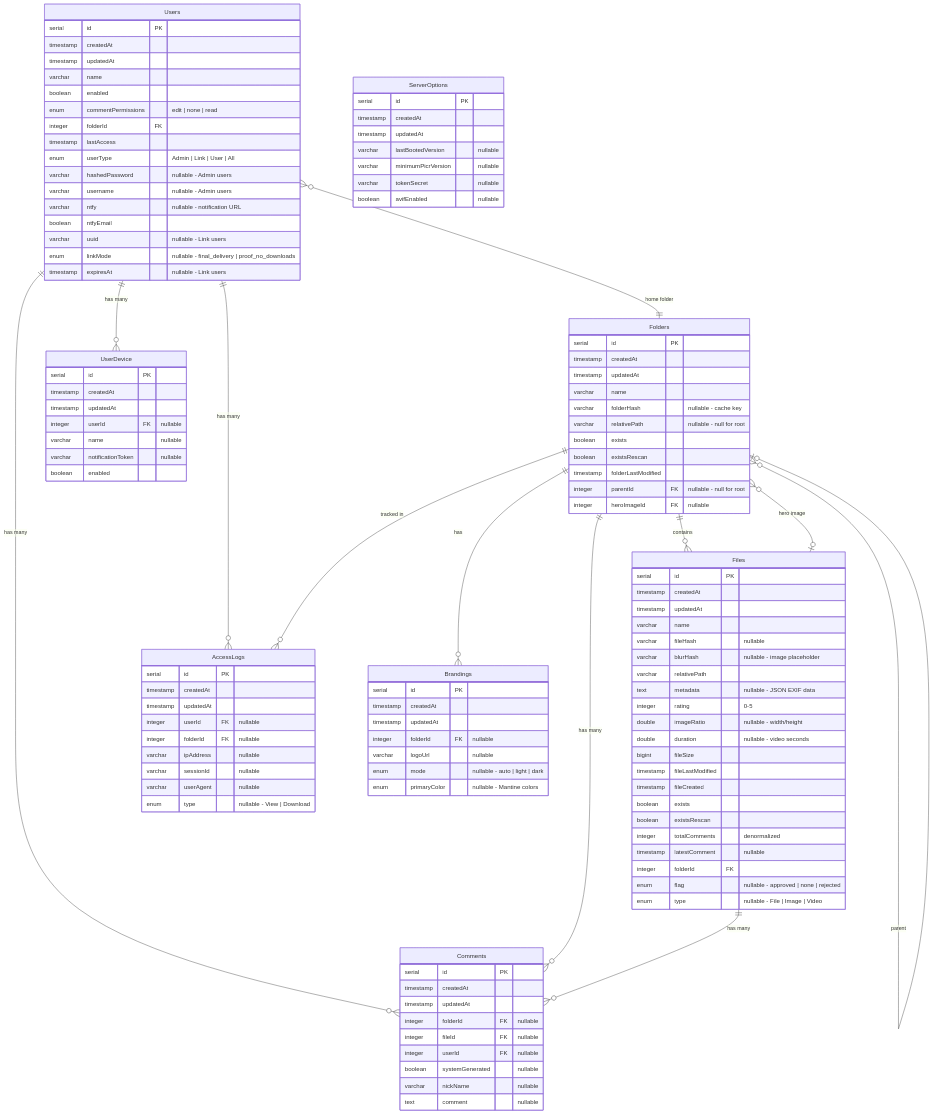
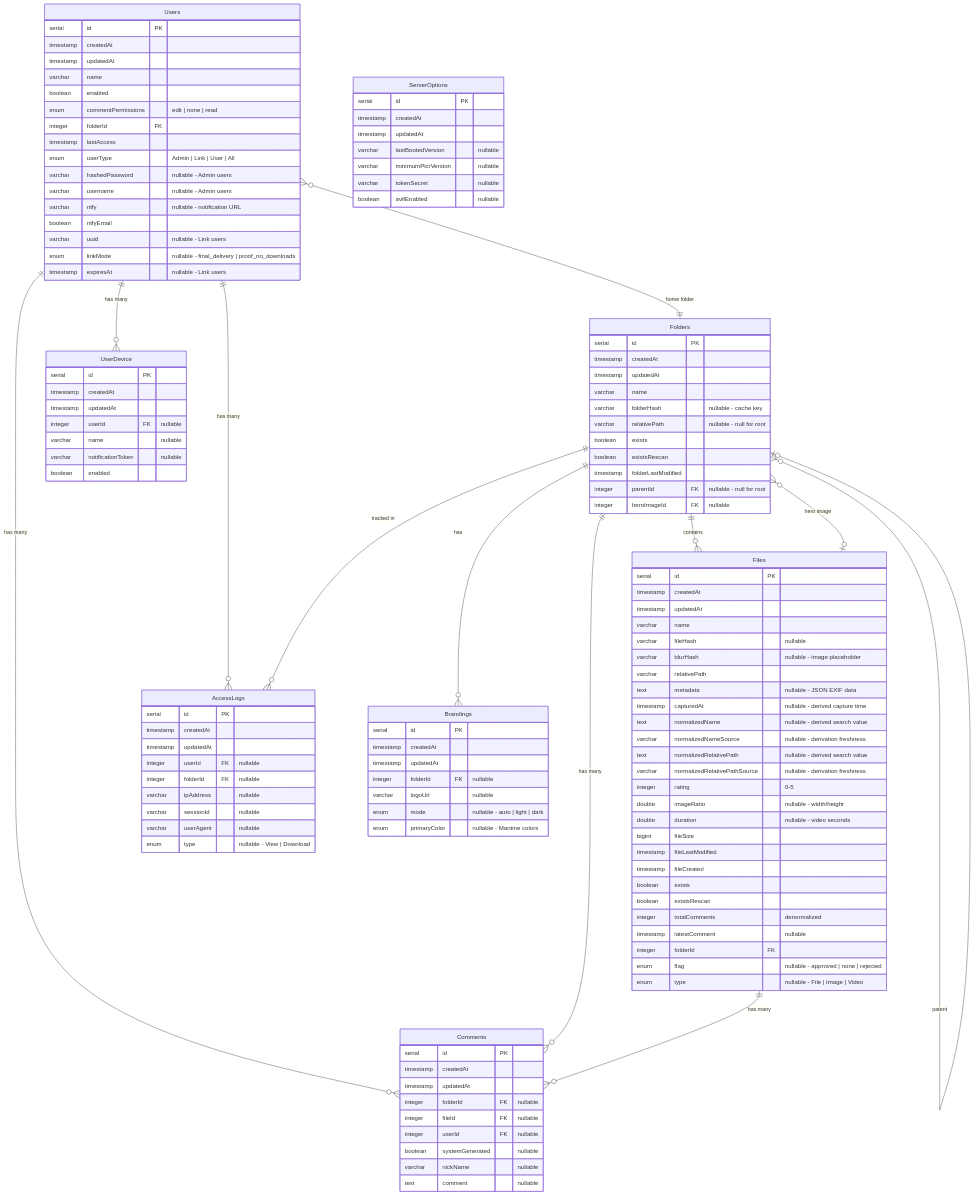
The diagram in backend/database-erd.md (IsaacInsoll/PICR), drawn with Mermaid before and after one commit. The commit also changed 46 other files, not shown here.

```diff
--- a/backend/database-erd.md
+++ b/backend/database-erd.md
@@ -46,6 +46,11 @@
         varchar blurHash "nullable - image placeholder"
         varchar relativePath
         text metadata "nullable - JSON EXIF data"
+        timestamp capturedAt "nullable - derived capture time"
+        text normalizedName "nullable - derived search value"
+        varchar normalizedNameSource "nullable - derivation freshness"
+        text normalizedRelativePath "nullable - derived search value"
+        varchar normalizedRelativePathSource "nullable - derivation freshness"
         integer rating "0-5"
         double imageRatio "nullable - width/height"
         double duration "nullable - video seconds"
```
